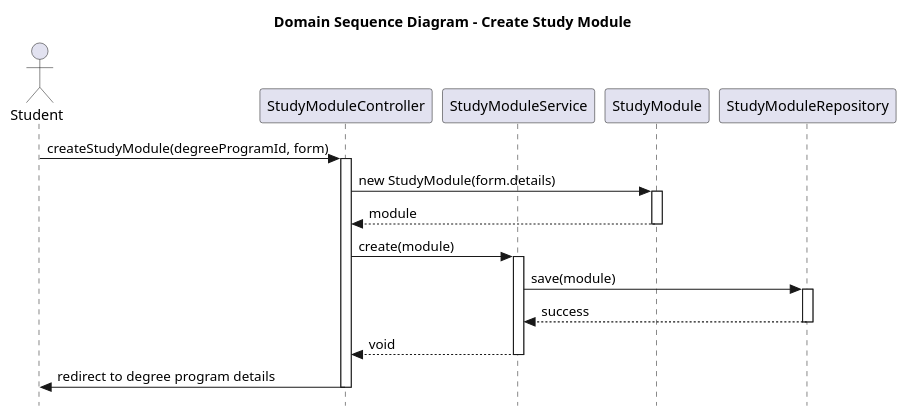
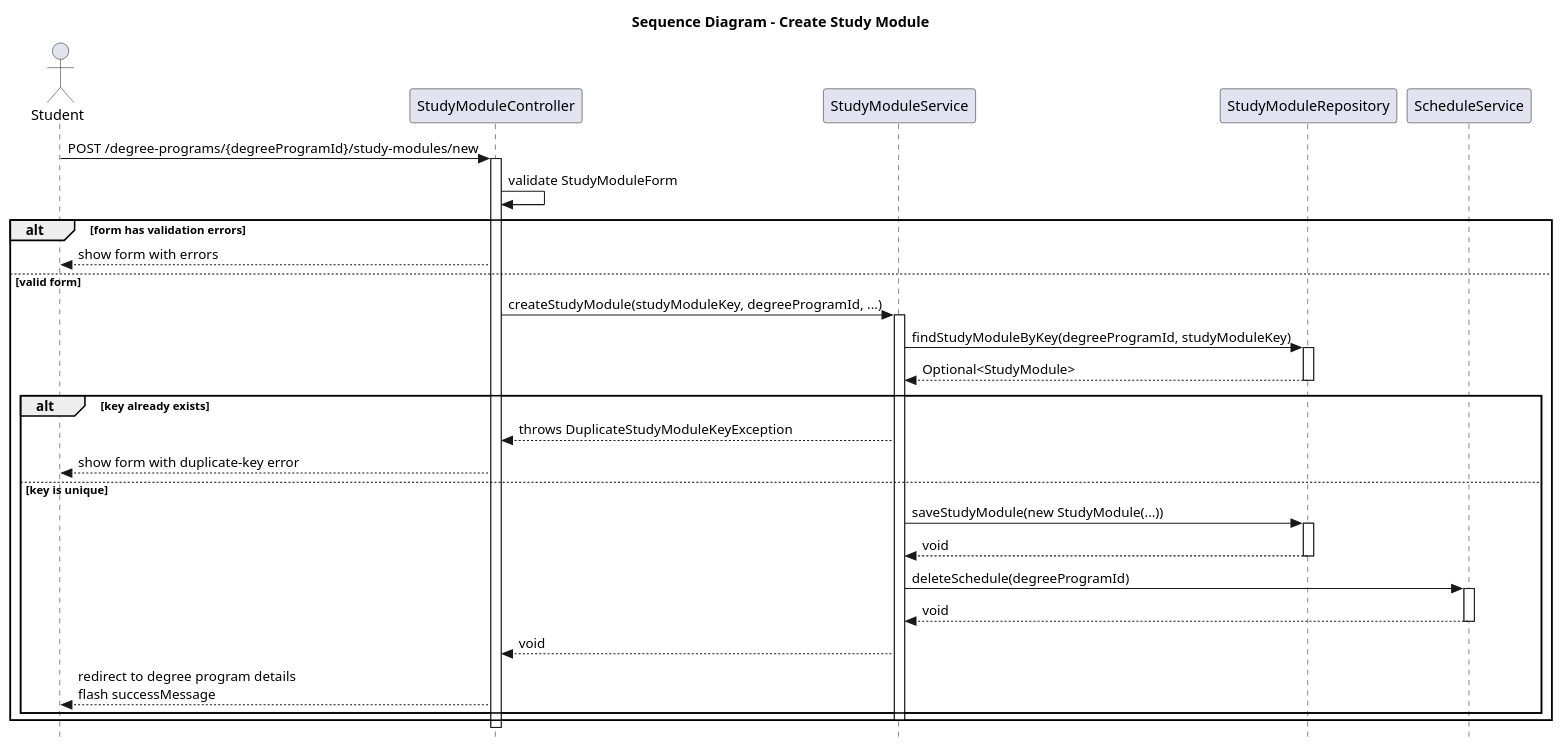
The diagram in docs/diagrams/domain_crud_sequence_diagram.puml (Ginimo/Studyplanner), drawn with PlantUML before and after one commit. The commit also changed 7 other files, not shown here.

Commit message:
Updated diagrams after consistency check

```diff
--- a/docs/diagrams/domain_crud_sequence_diagram.puml
+++ b/docs/diagrams/domain_crud_sequence_diagram.puml
@@ -1,33 +1,49 @@
 @startuml
 skinparam style strictuml
-title Domain Sequence Diagram - Create Study Module
+title Sequence Diagram - Create Study Module
 
 actor Student
 participant "StudyModuleController" as SMC
 participant "StudyModuleService" as SMS
-participant "StudyModule" as SM
 participant "StudyModuleRepository" as SMR
+participant "ScheduleService" as SS
 
-Student -> SMC : createStudyModule(degreeProgramId, form)
+Student -> SMC : POST /degree-programs/{degreeProgramId}/study-modules/new
 activate SMC
 
-SMC -> SM : new StudyModule(form.details)
-activate SM
-SM --> SMC : module
-deactivate SM
+SMC -> SMC : validate StudyModuleForm
 
-SMC -> SMS : create(module)
-activate SMS
+alt form has validation errors
+    SMC --> Student : show form with errors
+else valid form
+    SMC -> SMS : createStudyModule(studyModuleKey, degreeProgramId, ...)
+    activate SMS
 
-SMS -> SMR : save(module)
-activate SMR
-SMR --> SMS : success
-deactivate SMR
+    SMS -> SMR : findStudyModuleByKey(degreeProgramId, studyModuleKey)
+    activate SMR
+    SMR --> SMS : Optional<StudyModule>
+    deactivate SMR
 
-SMS --> SMC : void
-deactivate SMS
+    alt key already exists
+        SMS --> SMC : throws DuplicateStudyModuleKeyException
+        SMC --> Student : show form with duplicate-key error
+    else key is unique
+        SMS -> SMR : saveStudyModule(new StudyModule(...))
+        activate SMR
+        SMR --> SMS : void
+        deactivate SMR
 
-SMC -> Student : redirect to degree program details
+        SMS -> SS : deleteSchedule(degreeProgramId)
+        activate SS
+        SS --> SMS : void
+        deactivate SS
+
+        SMS --> SMC : void
+        SMC --> Student : redirect to degree program details\nflash successMessage
+    end
+
+    deactivate SMS
+end
+
 deactivate SMC
-
 @enduml
```
